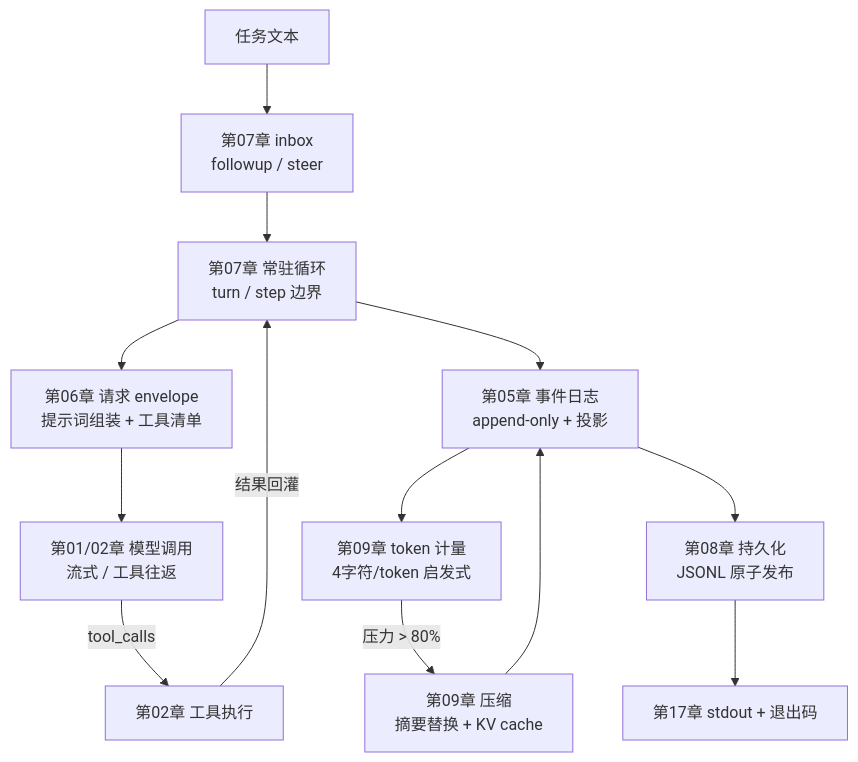
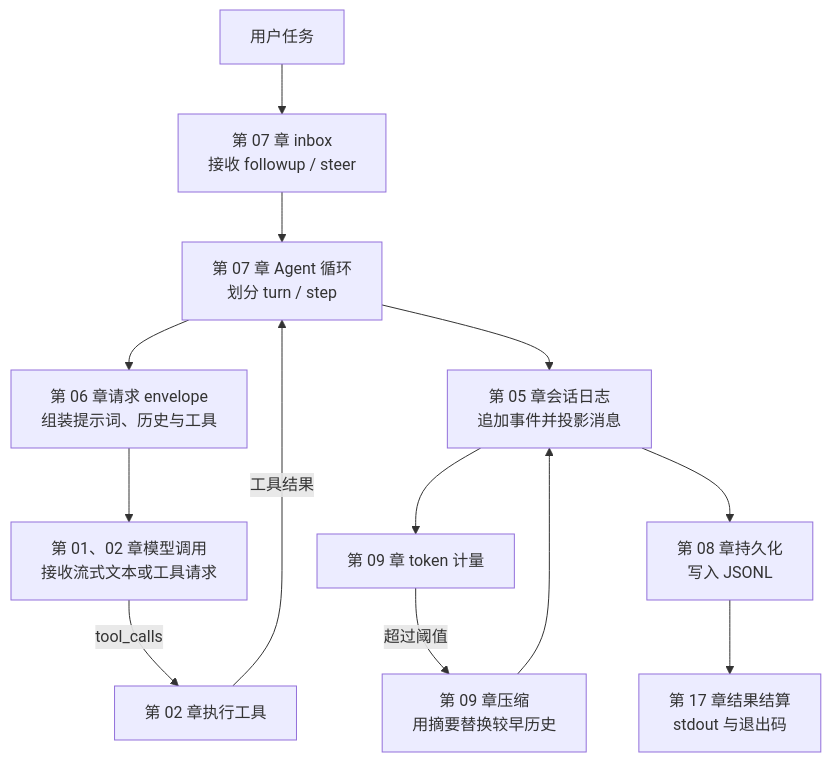
One commit to warmsum/mini-harness changed the diagram in README.md. Above: the diagram before and after it, drawn with Mermaid. The commit also changed other lines of this file and 18 other files, not shown here.

````diff
--- a/README.md
+++ b/README.md
@@ -85,15 +135,15 @@
 ```mermaid
 flowchart TB
-    TASK[任务文本] --> INBOX[第07章 inbox<br>followup / steer]
-    INBOX --> LOOP[第07章 常驻循环<br>turn / step 边界]
-    LOOP --> ENV[第06章 请求 envelope<br>提示词组装 + 工具清单]
-    ENV --> CALL[第01/02章 模型调用<br>流式 / 工具往返]
-    CALL -->|tool_calls| TOOLS[第02章 工具执行]
-    TOOLS -->|结果回灌| LOOP
-    LOOP --> LOG[第05章 事件日志<br>append-only + 投影]
-    LOG --> METER[第09章 token 计量<br>4字符/token 启发式]
-    METER -->|压力 > 80%| COMPACT[第09章 压缩<br>摘要替换 + KV cache]
+    TASK[用户任务] --> INBOX[第 07 章 inbox<br>接收 followup / steer]
+    INBOX --> LOOP[第 07 章 Agent 循环<br>划分 turn / step]
+    LOOP --> ENV[第 06 章请求 envelope<br>组装提示词、历史与工具]
+    ENV --> CALL[第 01、02 章模型调用<br>接收流式文本或工具请求]
+    CALL -->|tool_calls| TOOLS[第 02 章执行工具]
+    TOOLS -->|工具结果| LOOP
+    LOOP --> LOG[第 05 章会话日志<br>追加事件并投影消息]
+    LOG --> METER[第 09 章 token 计量]
+    METER -->|超过阈值| COMPACT[第 09 章压缩<br>用摘要替换较早历史]
     COMPACT --> LOG
-    LOG --> PERSIST[第08章 持久化<br>JSONL 原子发布]
-    PERSIST --> OUT[第17章 stdout + 退出码]
+    LOG --> PERSIST[第 08 章持久化<br>写入 JSONL]
+    PERSIST --> OUT[第 17 章结果结算<br>stdout 与退出码]
 ```
````
